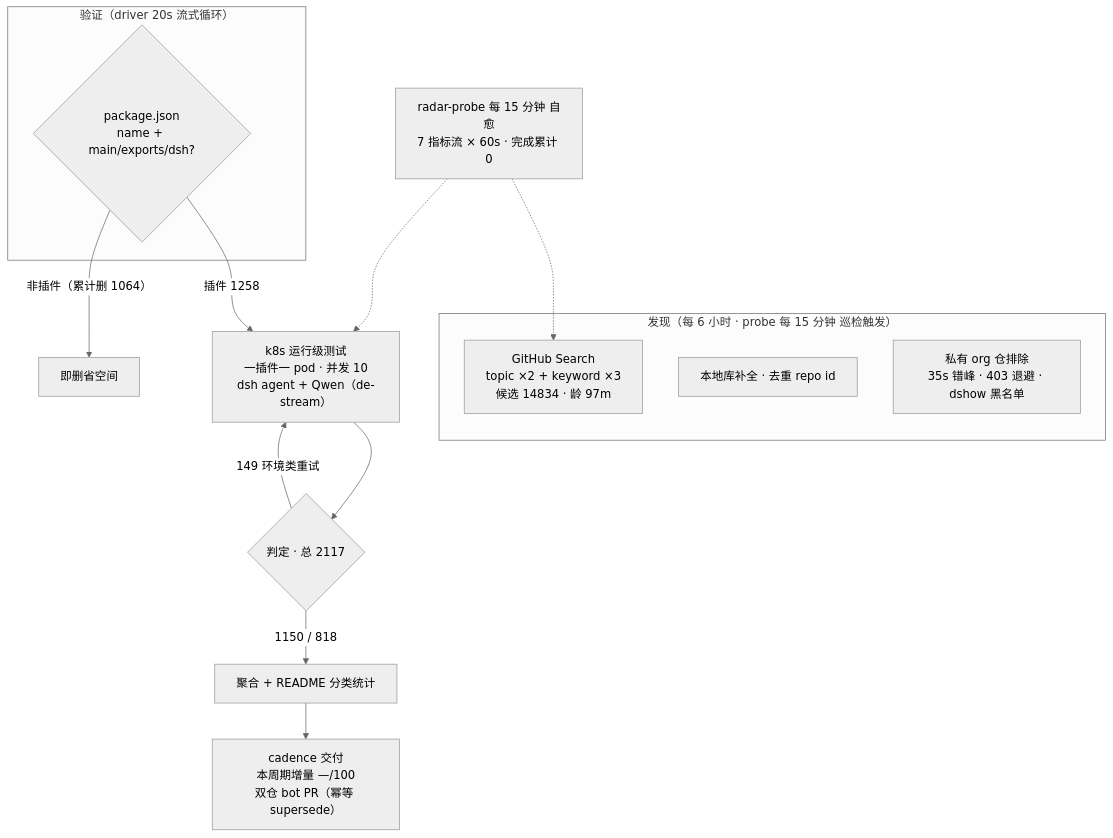
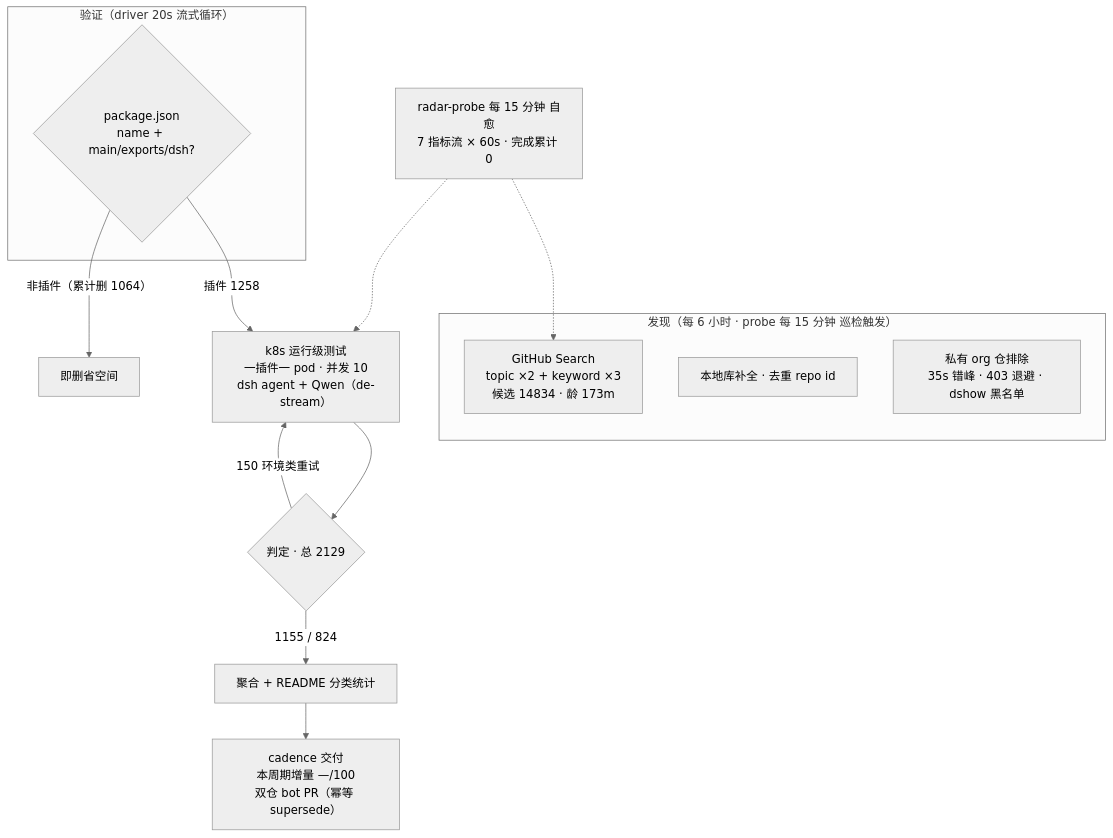
One commit to Zhidao-Lab-OSS/awesome-dsh-plugins changed the diagram in README.md. Above: the diagram before and after it, drawn with Mermaid (neutral theme). The commit also changed other lines of this file and 1 other file, not shown here.

````diff
--- a/README.md
+++ b/README.md
@@ -37,20 +37,20 @@
 ```mermaid
 flowchart TB
     subgraph Discovery["发现（每 6 小时 · probe 每 15 分钟 巡检触发）"]
-        A1["GitHub Search<br/>topic ×2 + keyword ×3<br/>候选 14834 · 龄 97m"]
+        A1["GitHub Search<br/>topic ×2 + keyword ×3<br/>候选 14834 · 龄 173m"]
         A2["本地库补全 · 去重 repo id"]
         A3["私有 org 仓排除<br/>35s 错峰 · 403 退避 · dshow 黑名单"]
     end
     subgraph Validation["验证（driver 20s 流式循环）"]
         B1{"package.json<br/>name + main/exports/dsh?"}
     end
     B1 -->|"插件 1258"| C1["k8s 运行级测试<br/>一插件一 pod · 并发 10<br/>dsh agent + Qwen（de-stream）"]
     B1 -->|"非插件（累计删 1064）"| B3["即删省空间"]
-    C1 --> D1{"判定 · 总 2117"}
-    D1 -->|"1150 / 818"| E1["聚合 + README 分类统计"]
-    D1 -->|"149 环境类重试"| C1
+    C1 --> D1{"判定 · 总 2129"}
+    D1 -->|"1155 / 824"| E1["聚合 + README 分类统计"]
+    D1 -->|"150 环境类重试"| C1
     E1 --> E2["cadence 交付<br/>本周期增量 —/100<br/>双仓 bot PR（幂等 supersede）"]
     M["radar-probe 每 15 分钟 自愈<br/>7 指标流 × 60s · 完成累计 0"]
     M -.-> A1
     M -.-> C1
 ```
````
